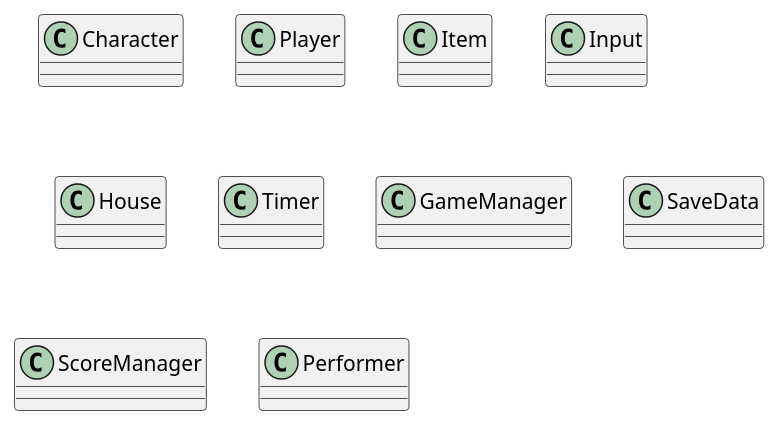
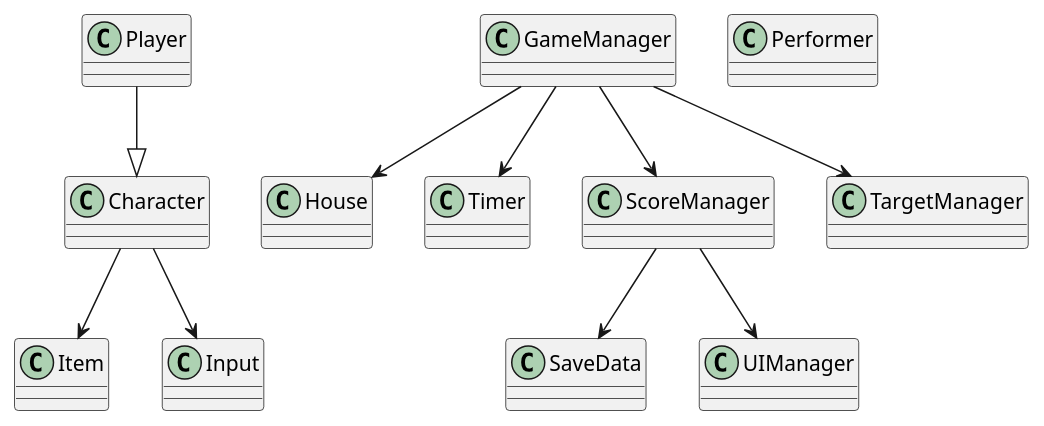
Before and after one commit to MasujimaRyohei/GGJ19Shibuya: the diagram in Documents/classes.pu, drawn with PlantUML.

Commit message:
クラス図の修正

```diff
--- a/Documents/classes.pu
+++ b/Documents/classes.pu
@@ -1,12 +1,28 @@
 @startuml
 class Character
 class Player
 class Item
 class Input
 class House
 class Timer
 class GameManager
 class SaveData
 class ScoreManager
 class Performer
+class TargetManager 
+
+class UIManager
+
+Player --|> Character
+Character --> Input
+Character --> Item
+
+ScoreManager --> SaveData
+GameManager --> ScoreManager
+GameManager --> TargetManager
+GameManager --> House
+GameManager --> Timer
+
+ScoreManager --> UIManager
+
 @enduml 
```
